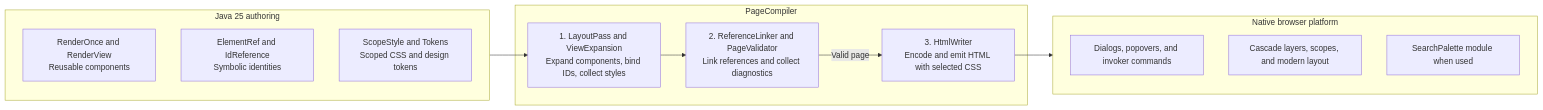
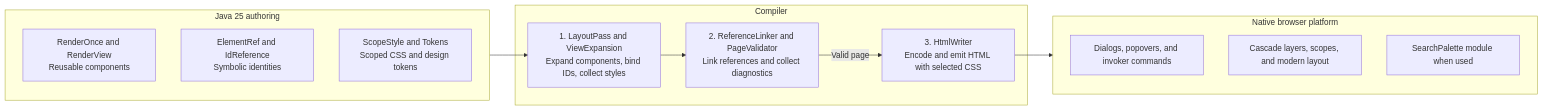
Before and after one commit to thiagogcm/tessera: the first of 2 diagrams in README.md, drawn with Mermaid. The commit also changed other lines of this file and 124 other files, not shown here.

````diff
--- a/README.md
+++ b/README.md
@@ -17,24 +17,24 @@
 ```mermaid
 flowchart LR
     subgraph Authoring["Java 25 authoring"]
         Components["RenderOnce and RenderView<br/>Reusable components"]
         References["ElementRef and IdReference<br/>Symbolic identities"]
         Styles["ScopeStyle and Tokens<br/>Scoped CSS and design tokens"]
     end
 
-    subgraph Compiler["PageCompiler"]
+    subgraph Compiler["Compiler"]
         Layout["1. LayoutPass and ViewExpansion<br/>Expand components, bind IDs, collect styles"]
         Prepaint["2. ReferenceLinker and PageValidator<br/>Link references and collect diagnostics"]
         Paint["3. HtmlWriter<br/>Encode and emit HTML with selected CSS"]
         Layout --> Prepaint -->|Valid page| Paint
     end
 
     subgraph Browser["Native browser platform"]
         Controls["Dialogs, popovers, and invoker commands"]
         CSS["Cascade layers, scopes, and modern layout"]
         Search["SearchPalette module when used"]
     end
 
     Authoring --> Layout
     Paint --> Browser
 ```
````
